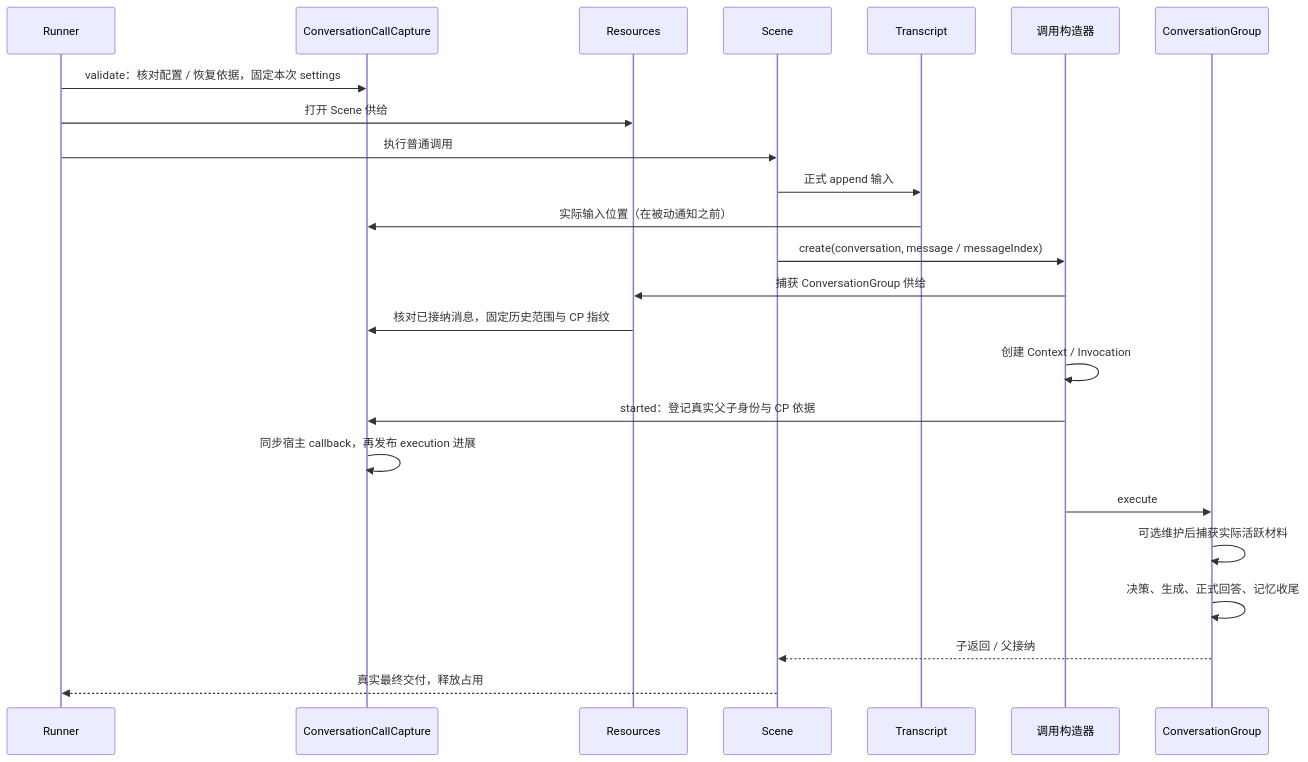
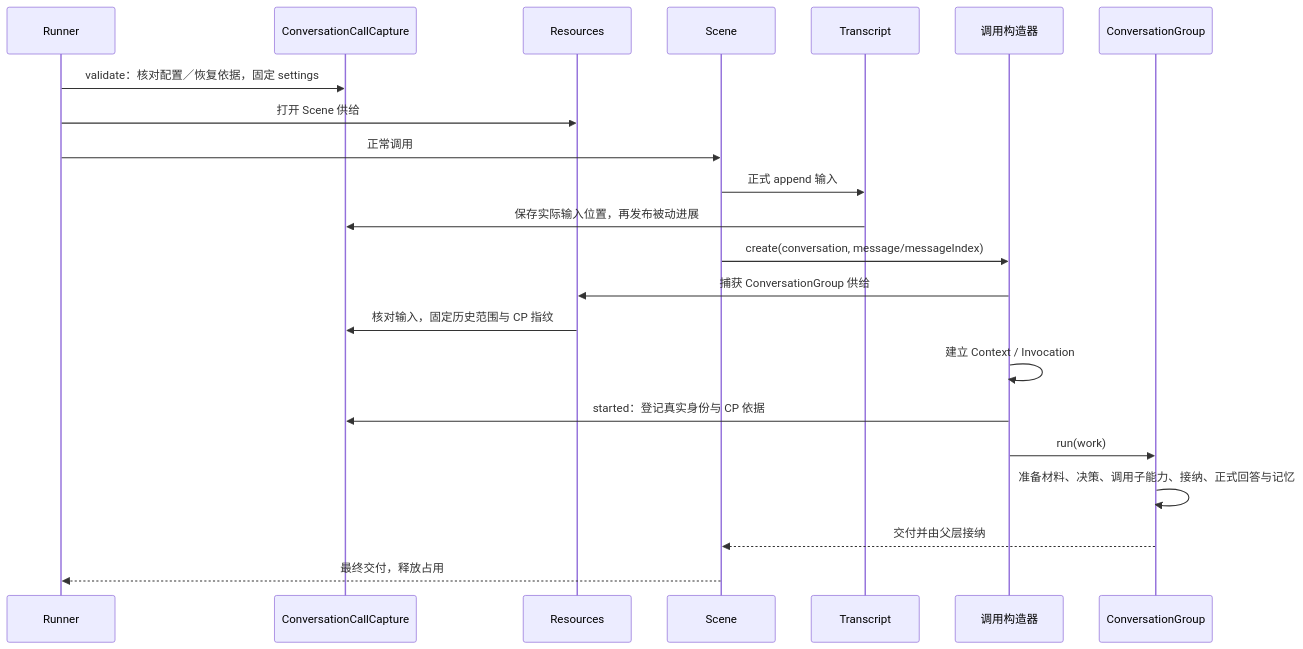
One commit to weiliang0121/capix changed the second of 2 diagrams in docs/service-assembly.md. Above: the diagram before and after it, drawn with Mermaid. The commit also changed other lines of this file and 129 other files, not shown here.

````diff
--- a/docs/service-assembly.md
+++ b/docs/service-assembly.md
@@ -90,26 +105,24 @@
 ```mermaid
 sequenceDiagram
     participant Runner
     participant Capture as ConversationCallCapture
     participant Resources
     participant Scene
     participant Transcript
     participant Build as 调用构造器
     participant Group as ConversationGroup
-    Runner->>Capture: validate：核对配置 / 恢复依据，固定本次 settings
+    Runner->>Capture: validate：核对配置／恢复依据，固定 settings
     Runner->>Resources: 打开 Scene 供给
-    Runner->>Scene: 执行普通调用
+    Runner->>Scene: 正常调用
     Scene->>Transcript: 正式 append 输入
-    Transcript->>Capture: 实际输入位置（在被动通知之前）
-    Scene->>Build: create(conversation, message / messageIndex)
+    Transcript->>Capture: 保存实际输入位置，再发布被动进展
+    Scene->>Build: create(conversation, message/messageIndex)
     Build->>Resources: 捕获 ConversationGroup 供给
-    Resources->>Capture: 核对已接纳消息，固定历史范围与 CP 指纹
-    Build->>Build: 创建 Context / Invocation
-    Build->>Capture: started：登记真实父子身份与 CP 依据
-    Capture->>Capture: 同步宿主 callback，再发布 execution 进展
-    Build->>Group: execute
-    Group->>Group: 可选维护后捕获实际活跃材料
-    Group->>Group: 决策、生成、正式回答、记忆收尾
-    Group-->>Scene: 子返回 / 父接纳
-    Scene-->>Runner: 真实最终交付，释放占用
+    Resources->>Capture: 核对输入，固定历史范围与 CP 指纹
+    Build->>Build: 建立 Context / Invocation
+    Build->>Capture: started：登记真实身份与 CP 依据
+    Build->>Group: run(work)
+    Group->>Group: 准备材料、决策、调用子能力、接纳、正式回答与记忆
+    Group-->>Scene: 交付并由父层接纳
+    Scene-->>Runner: 最终交付，释放占用
 ```
````
